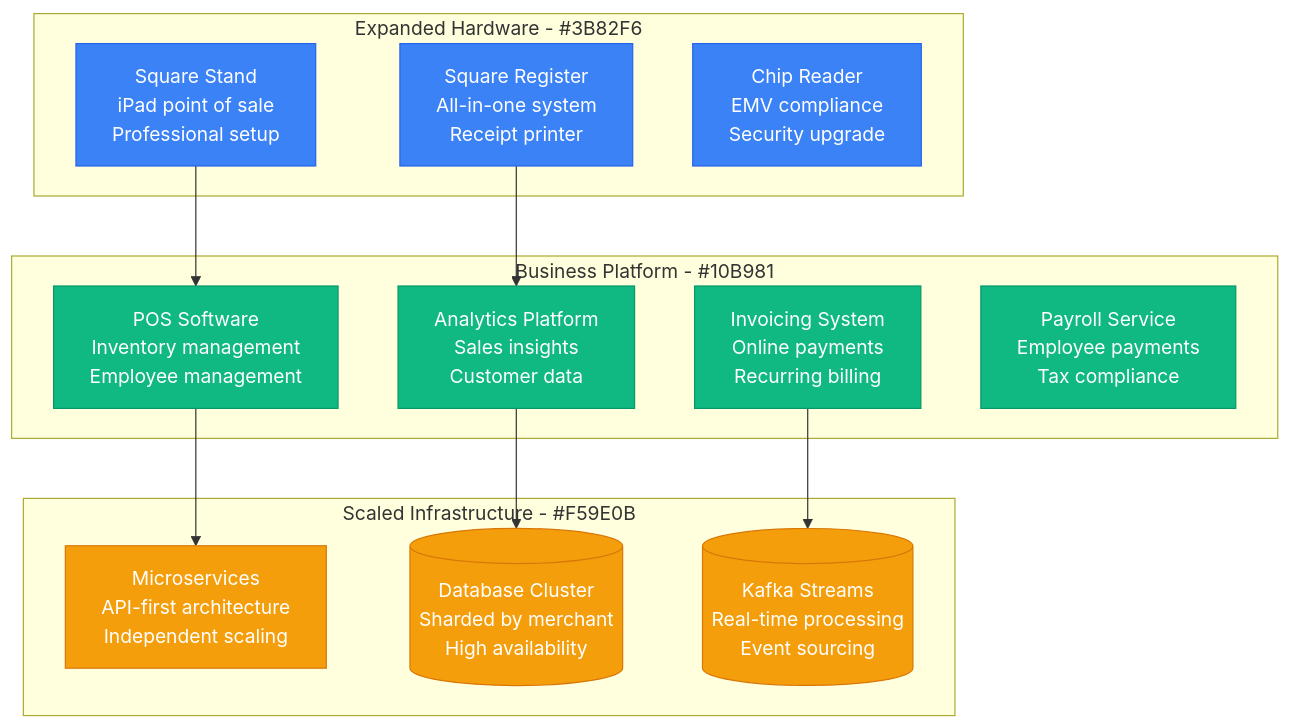
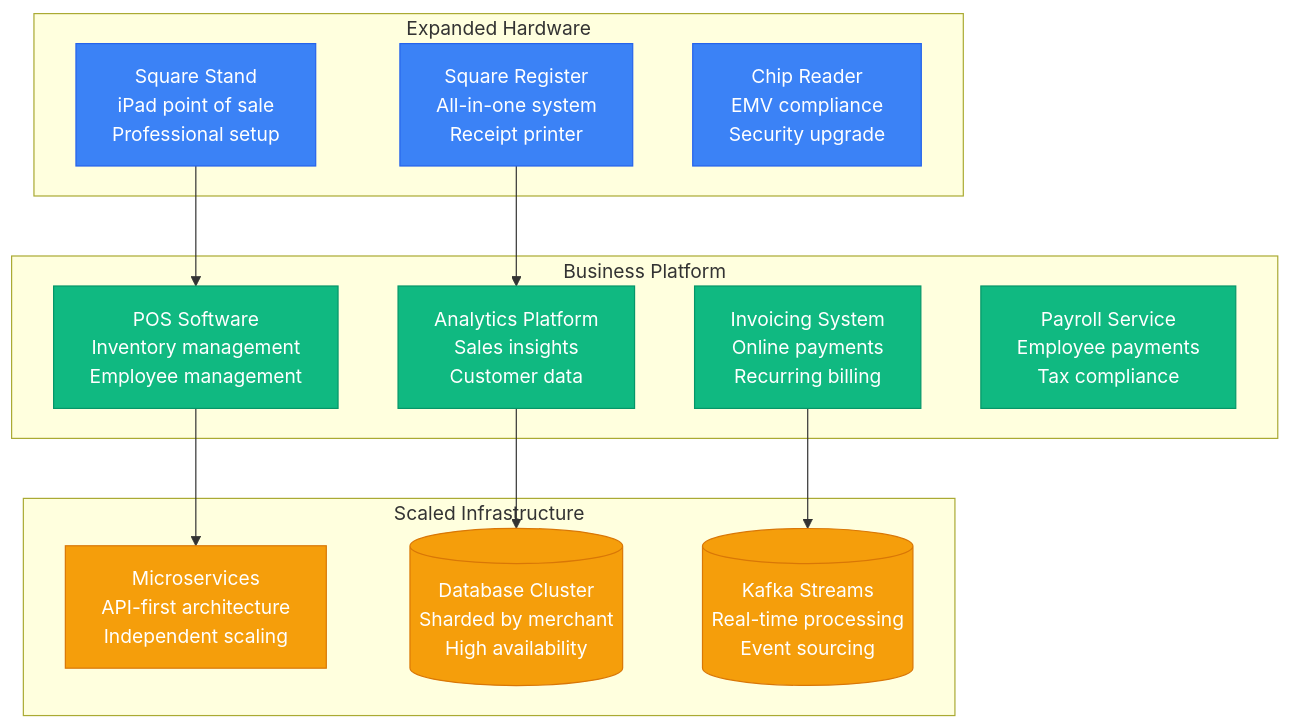
The second of 3 diagrams in site/docs/scaling/square-scale-evolution.md (deepaucksharma/DS), drawn with Mermaid before and after one commit. The commit also changed other lines of this file and 169 other files, not shown here.

````diff
--- a/site/docs/scaling/square-scale-evolution.md
+++ b/site/docs/scaling/square-scale-evolution.md
@@ -66,35 +66,35 @@
 ```mermaid
 graph TB
-    subgraph ExpandedHardware[Expanded Hardware - #3B82F6]
+    subgraph ExpandedHardware["Expanded Hardware"]
         SQUARE_STAND[Square Stand<br/>iPad point of sale<br/>Professional setup]
         SQUARE_REGISTER[Square Register<br/>All-in-one system<br/>Receipt printer]
         CHIP_READER[Chip Reader<br/>EMV compliance<br/>Security upgrade]
     end
 
-    subgraph BusinessPlatform[Business Platform - #10B981]
+    subgraph BusinessPlatform["Business Platform"]
         POS_SOFTWARE[POS Software<br/>Inventory management<br/>Employee management]
         ANALYTICS[Analytics Platform<br/>Sales insights<br/>Customer data]
         INVOICES[Invoicing System<br/>Online payments<br/>Recurring billing]
         PAYROLL[Payroll Service<br/>Employee payments<br/>Tax compliance]
     end
 
-    subgraph ScaledInfra[Scaled Infrastructure - #F59E0B]
+    subgraph ScaledInfra["Scaled Infrastructure"]
         MICROSERVICES[Microservices<br/>API-first architecture<br/>Independent scaling]
         DATABASE_CLUSTER[(Database Cluster<br/>Sharded by merchant<br/>High availability)]
         KAFKA_STREAMS[(Kafka Streams<br/>Real-time processing<br/>Event sourcing)]
     end
 
     SQUARE_STAND --> POS_SOFTWARE
     SQUARE_REGISTER --> ANALYTICS
     POS_SOFTWARE --> MICROSERVICES
     ANALYTICS --> DATABASE_CLUSTER
     INVOICES --> KAFKA_STREAMS
 
     classDef hardwareStyle fill:#3B82F6,stroke:#2563EB,color:#fff
     classDef platformStyle fill:#10B981,stroke:#059669,color:#fff
     classDef infraStyle fill:#F59E0B,stroke:#D97706,color:#fff
 
     class SQUARE_STAND,SQUARE_REGISTER,CHIP_READER hardwareStyle
     class POS_SOFTWARE,ANALYTICS,INVOICES,PAYROLL platformStyle
     class MICROSERVICES,DATABASE_CLUSTER,KAFKA_STREAMS infraStyle
 ```
````
